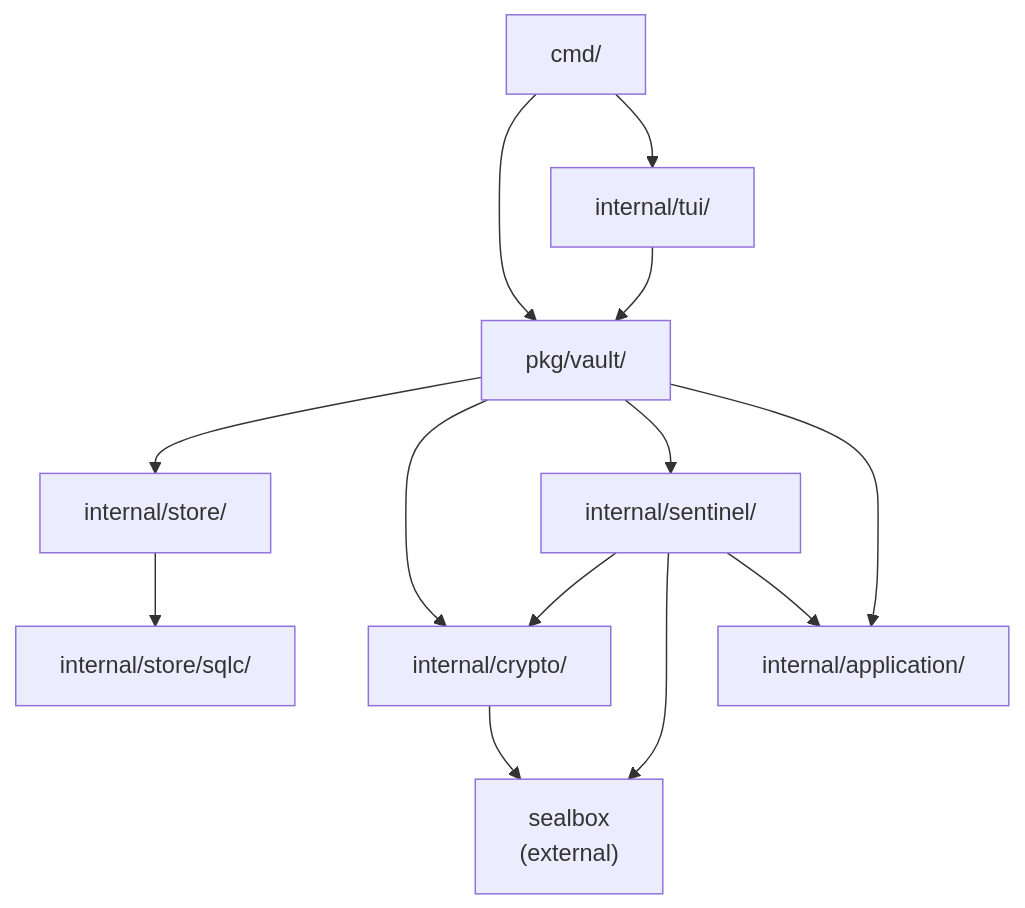
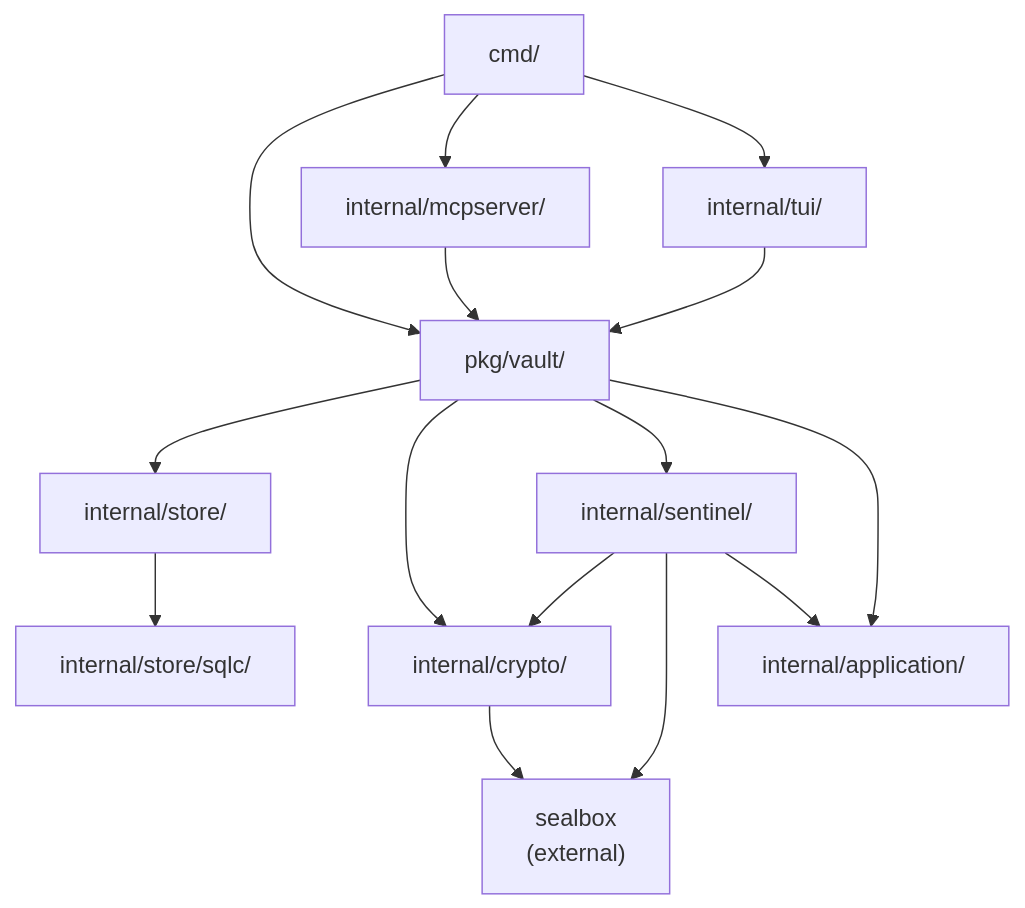
The third of 15 diagrams in docs/ARCHITECTURE.md (inovacc/anvil), drawn with Mermaid before and after one commit. The commit also changed other lines of this file and 27 other files, not shown here.

````diff
--- a/docs/ARCHITECTURE.md
+++ b/docs/ARCHITECTURE.md
@@ -133,25 +177,28 @@
 ```mermaid
 graph TD
     cmd["cmd/"]
     vault["pkg/vault/"]
     store["internal/store/"]
     crypto["internal/crypto/"]
     sentinel["internal/sentinel/"]
     app["internal/application/"]
     sqlc["internal/store/sqlc/"]
     sealbox["sealbox<br/>(external)"]
 
     tui_pkg["internal/tui/"]
+    mcpsrv["internal/mcpserver/"]
     cmd --> vault
+    cmd --> mcpsrv
+    mcpsrv --> vault
     cmd --> tui_pkg
     tui_pkg --> vault
     vault --> store
     vault --> crypto
     vault --> sentinel
     vault --> app
     sentinel --> crypto
     sentinel --> sealbox
     sentinel --> app
     crypto --> sealbox
     store --> sqlc
 ```
````
